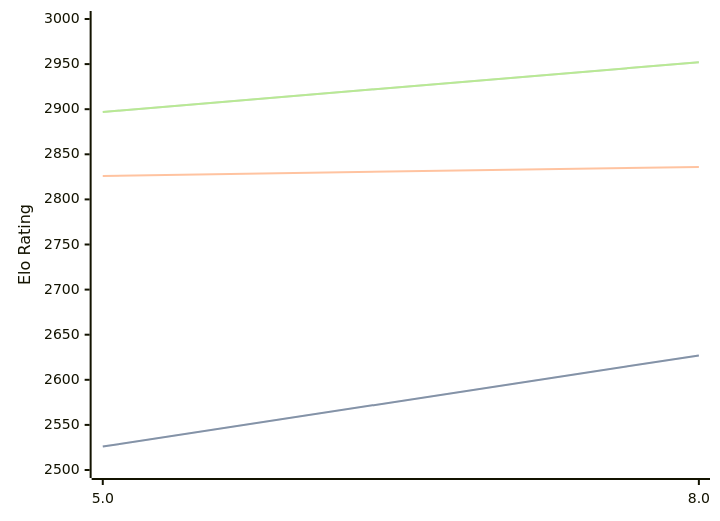
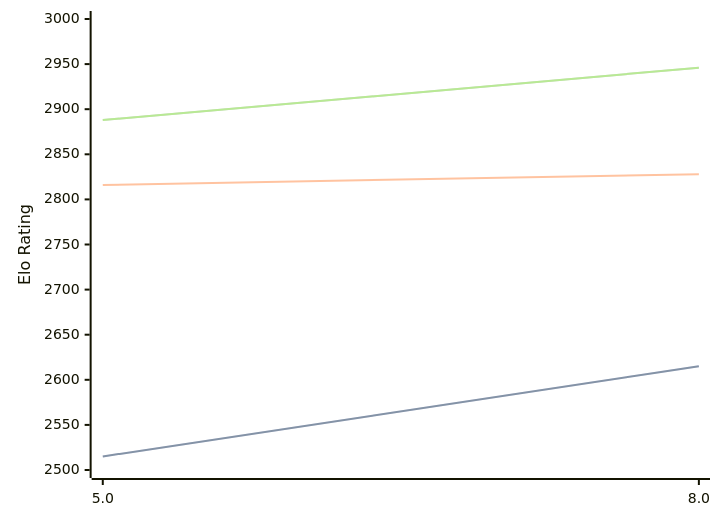
The diagram in engines/4kc.md (computer-chess-index/cci), drawn with Mermaid before and after one commit. The commit also changed other lines of this file, not shown here.

Commit message:
Update CCI Ratings (ELO VLTC) - 2026-03-19

````diff
--- a/engines/4kc.md
+++ b/engines/4kc.md
@@ -39,11 +39,11 @@
 ```mermaid
 %%{init: {"theme":"base","themeVariables":{"seriesColors:['#a3a3a3','#222221','#faa371']}}}%%
 xychart-beta
   x-axis ["5.0", "8.0"]
   y-axis "Elo Rating" 2500 --> 3000
-  line "STC (8.0+0.08s)" [2526, 2627]
-  line "STC (8.0+0.08s)" [2526, 2627]
-  line "LTC (60.0+0.60s)" [2826, 2836]
-  line "VLTC (2m24s+1.12s)" [2897, 2952]
-  line "VLTC (2m24s+1.12s)" [2897, 2952]
+  line "STC (8.0+0.08s)" [2515, 2615]
+  line "STC (8.0+0.08s)" [2515, 2615]
+  line "LTC (60.0+0.60s)" [2816, 2828]
+  line "VLTC (2m24s+1.12s)" [2888, 2946]
+  line "VLTC (2m24s+1.12s)" [2888, 2946]
 ```
````
